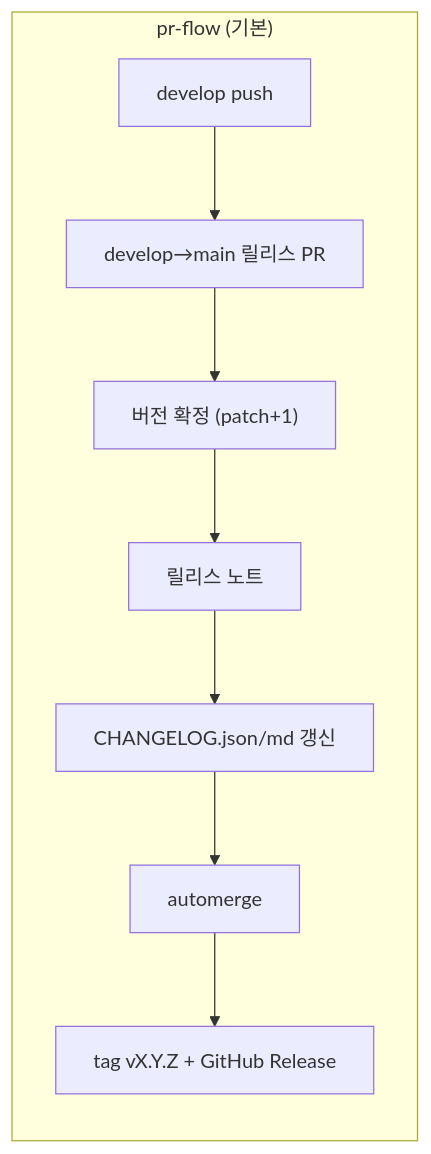
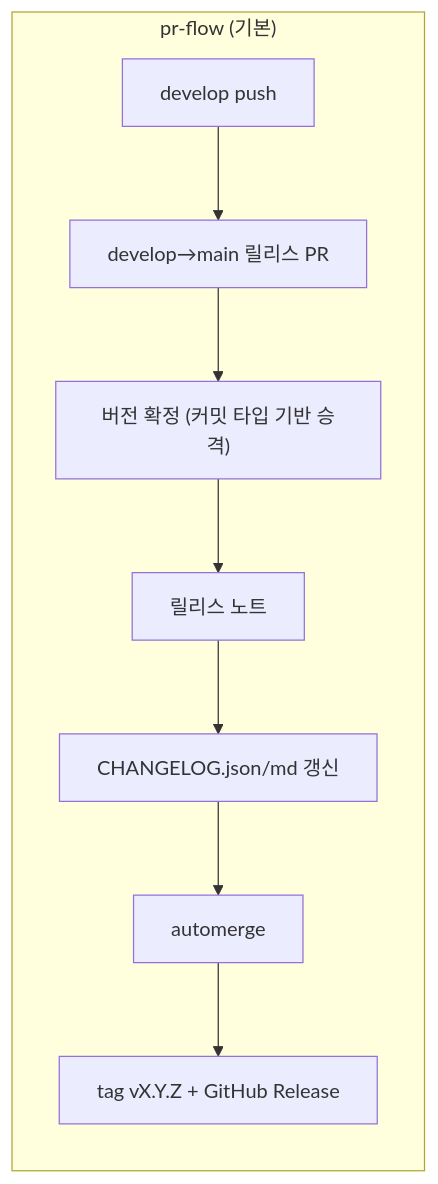
Before and after one commit to Twin-Fang/project-auto-wizard: the second of 3 diagrams in README.md, drawn with Mermaid. The commit also changed other lines of this file and 5 other files, not shown here.

Commit message:
docs: README·ROADMAP·도움말을 현재 모드와 옵션, 실제 출력에 맞게 수정 (#164)

````diff
--- a/README.md
+++ b/README.md
@@ -208,11 +213,11 @@
 ```mermaid
 flowchart LR
     subgraph pr-flow ["pr-flow (기본)"]
         D1[develop push] --> PR[develop→main 릴리스 PR]
-        PR --> V["버전 확정 (patch+1)"]
+        PR --> V["버전 확정 (커밋 타입 기반 승격)"]
         V --> AI[릴리스 노트]
         AI --> CL[CHANGELOG.json/md 갱신]
         CL --> AM[automerge]
         AM --> TAG["tag vX.Y.Z + GitHub Release"]
     end
 ```
````
